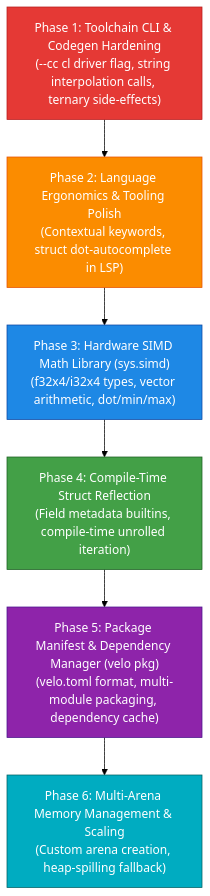
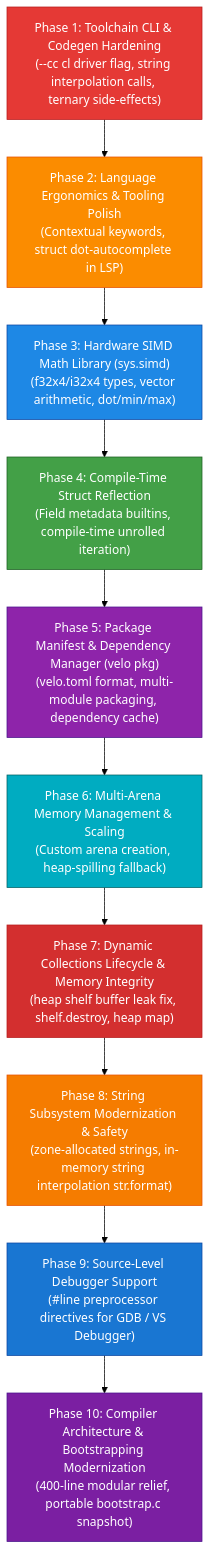
The diagram in gaps.md (velo-compiler/velo), drawn with Mermaid (forest theme) before and after one commit. The commit also changed other lines of this file, not shown here.

First line of the commit message:
docs(roadmap): document critical architectural flaws and tech debt (phases 7-10)

````diff
--- a/gaps.md
+++ b/gaps.md
@@ -35,14 +35,22 @@
 ```mermaid
 flowchart TD
     P1["Phase 1: Toolchain CLI & Codegen Hardening\n(--cc cl driver flag, string interpolation calls, ternary side-effects)"] --> P2["Phase 2: Language Ergonomics & Tooling Polish\n(Contextual keywords, struct dot-autocomplete in LSP)"]
     P2 --> P3["Phase 3: Hardware SIMD Math Library (sys.simd)\n(f32x4/i32x4 types, vector arithmetic, dot/min/max)"]
     P3 --> P4["Phase 4: Compile-Time Struct Reflection\n(Field metadata builtins, compile-time unrolled iteration)"]
     P4 --> P5["Phase 5: Package Manifest & Dependency Manager (velo pkg)\n(velo.toml format, multi-module packaging, dependency cache)"]
     P5 --> P6["Phase 6: Multi-Arena Memory Management & Scaling\n(Custom arena creation, heap-spilling fallback)"]
+    P6 --> P7["Phase 7: Dynamic Collections Lifecycle & Memory Integrity\n(heap shelf buffer leak fix, shelf.destroy, heap map)"]
+    P7 --> P8["Phase 8: String Subsystem Modernization & Safety\n(zone-allocated strings, in-memory string interpolation str.format)"]
+    P8 --> P9["Phase 9: Source-Level Debugger Support\n(#line preprocessor directives for GDB / VS Debugger)"]
+    P9 --> P10["Phase 10: Compiler Architecture & Bootstrapping Modernization\n(400-line modular relief, portable bootstrap.c snapshot)"]
     style P1 fill:#e53935,stroke:#b71c1c,color:#ffffff
     style P2 fill:#fb8c00,stroke:#e65100,color:#ffffff
     style P3 fill:#1e88e5,stroke:#0d47a1,color:#ffffff
     style P4 fill:#43a047,stroke:#1b5e20,color:#ffffff
     style P5 fill:#8e24aa,stroke:#4a148c,color:#ffffff
     style P6 fill:#00acc1,stroke:#006064,color:#ffffff
+    style P7 fill:#d32f2f,stroke:#b71c1c,color:#ffffff
+    style P8 fill:#f57c00,stroke:#e65100,color:#ffffff
+    style P9 fill:#1976d2,stroke:#0d47a1,color:#ffffff
+    style P10 fill:#7b1fa2,stroke:#4a148c,color:#ffffff
 ```
````
